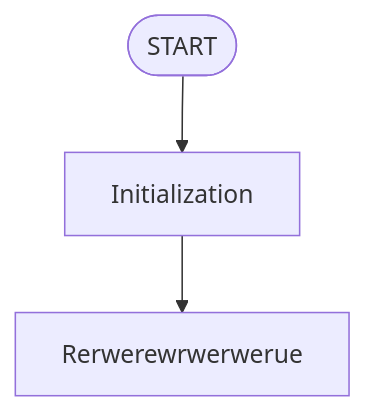
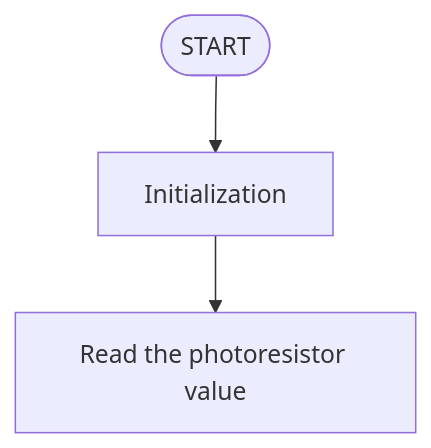
One commit to keyestudio/KS0597- changed the second of 6 diagrams in docs/4.Arduino Projects/4.3 Projects/Project 1.md. Above: the diagram before and after it, drawn with Mermaid. The commit also changed other lines of this file, not shown here.

````diff
--- a/docs/4.Arduino Projects/4.3 Projects/Project 1.md
+++ b/docs/4.Arduino Projects/4.3 Projects/Project 1.md
@@ -361,7 +361,7 @@
 ```mermaid
 graph TD
     A([START]) --> B[Initialization]
-    B --> C[Rerwerewrwerwerue]
+    B --> C[Read the photoresistor value]
     
    
 ```
````
